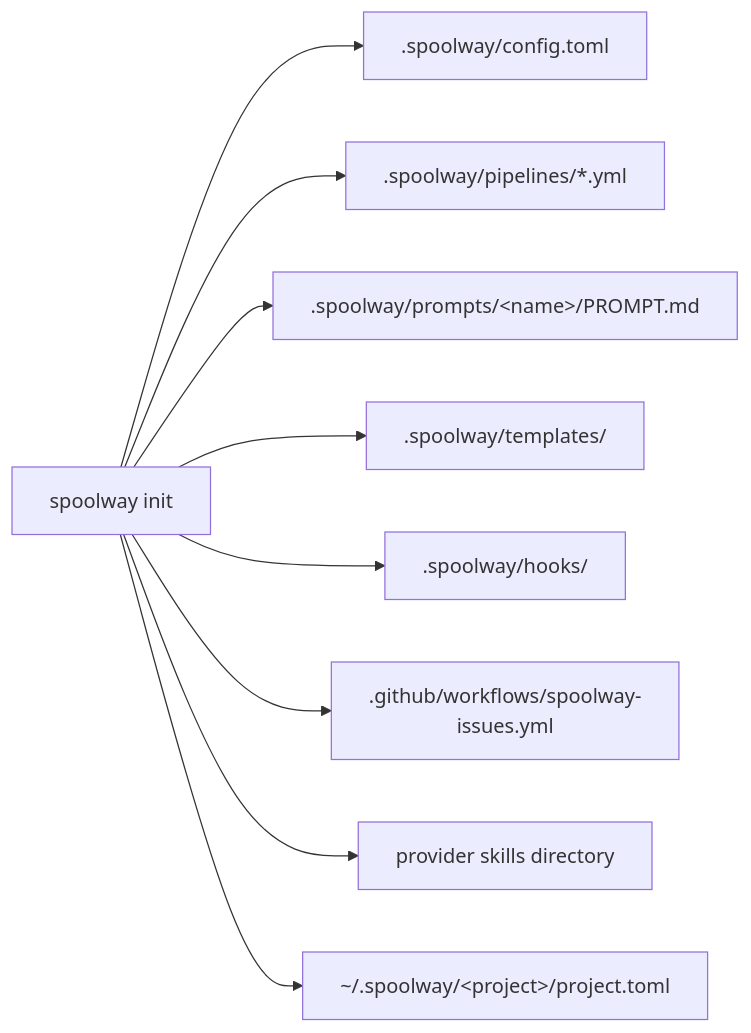
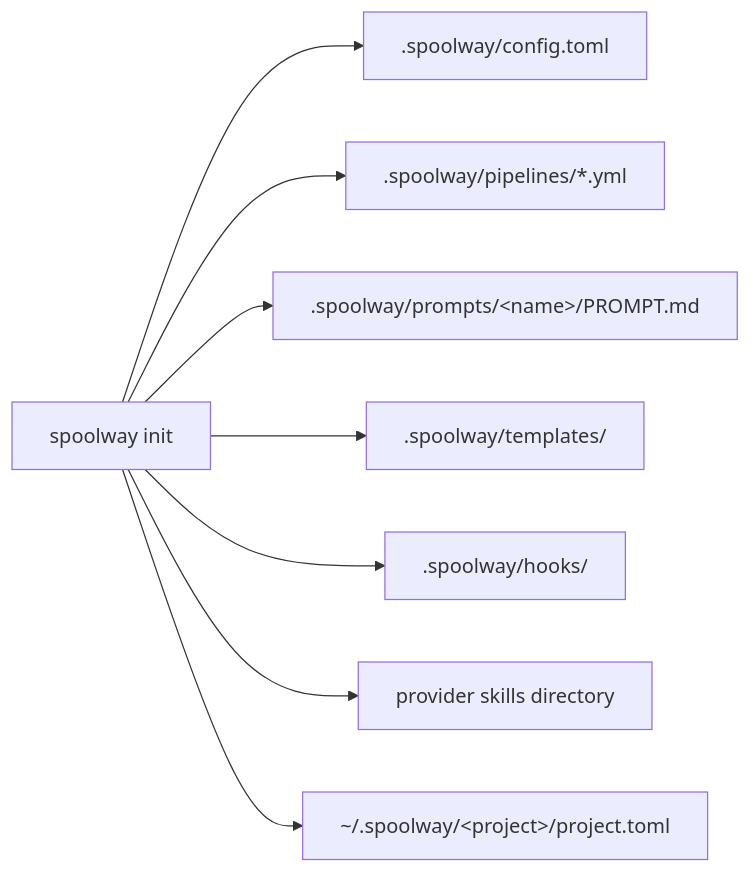
Before and after one commit to marvingygas/spoolway: the diagram in docs/installation.md, drawn with Mermaid. The commit also changed other lines of this file and 15 other files, not shown here.

````diff
--- a/docs/installation.md
+++ b/docs/installation.md
@@ -97,11 +105,10 @@
 ```mermaid
 flowchart LR
   I[spoolway init] --> C[.spoolway/config.toml]
   I --> P[.spoolway/pipelines/*.yml]
   I --> R[.spoolway/prompts/&lt;name&gt;/PROMPT.md]
   I --> T[.spoolway/templates/]
   I --> H[.spoolway/hooks/]
-  I --> W[.github/workflows/spoolway-issues.yml]
   I --> S[provider skills directory]
   I --> N[~/.spoolway/&lt;project&gt;/project.toml]
 ```
````
